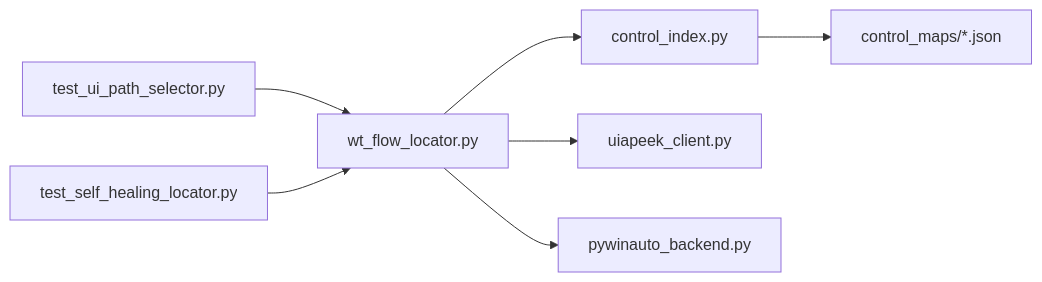
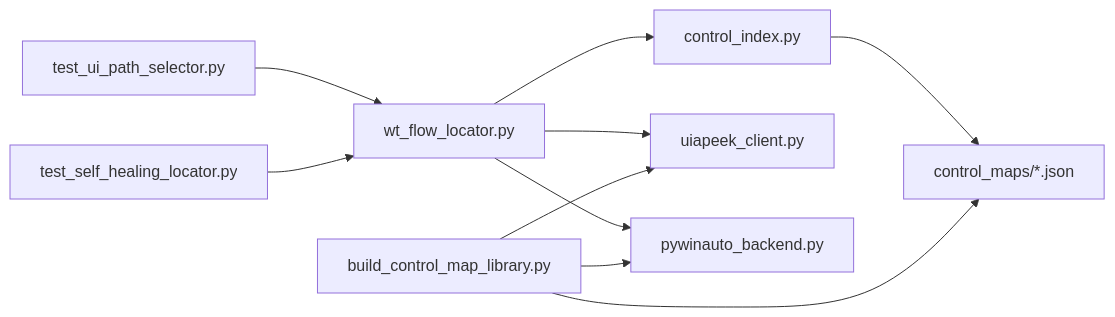
Before and after one commit to hanago33/WT_Automation: the fifth of 5 diagrams in .qoder/repowiki/zh/content/控件定位系统/UIA控件定位器.md, drawn with Mermaid. The commit also changed other lines of this file and 220 other files, not shown here.

````diff
--- a/.qoder/repowiki/zh/content/控件定位系统/UIA控件定位器.md
+++ b/.qoder/repowiki/zh/content/控件定位系统/UIA控件定位器.md
@@ -197,9 +241,12 @@
 ```mermaid
 graph LR
 LOC["wt_flow_locator.py"] --> IDX["control_index.py"]
 LOC --> UIC["uiapeek_client.py"]
 LOC --> PWA["pywinauto_backend.py"]
 IDX --> LIB["control_maps/*.json"]
 TST1["test_ui_path_selector.py"] --> LOC
 TST2["test_self_healing_locator.py"] --> LOC
+BCL["build_control_map_library.py"] --> LIB
+BCL --> UIC
+BCL --> PWA
 ```
````
